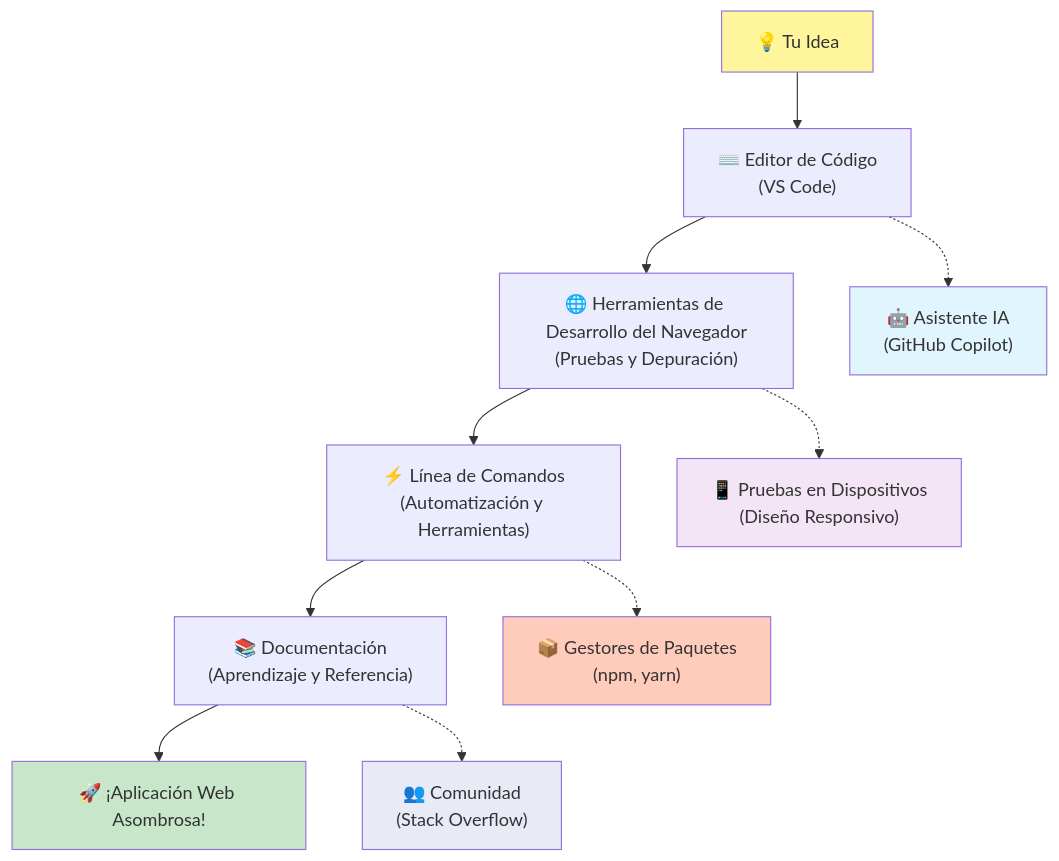
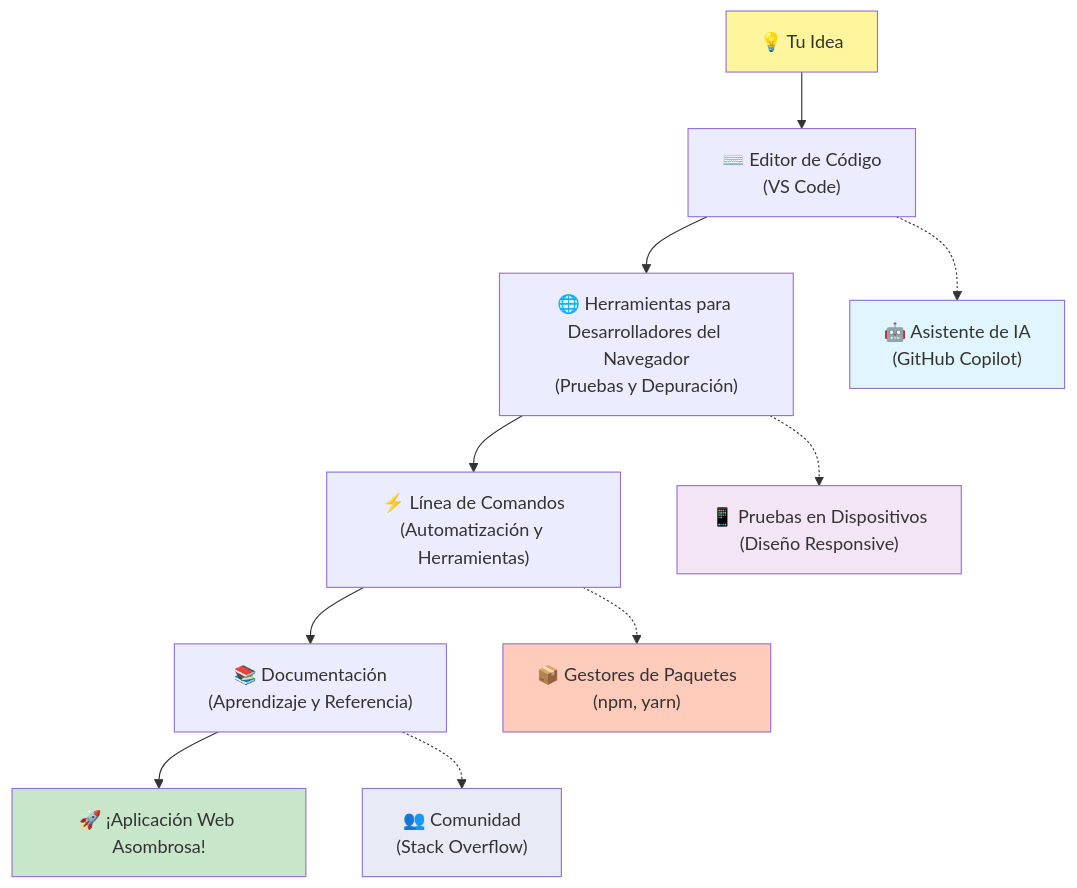
One commit to microsoft/Web-Dev-For-Beginners changed the fifth of 7 diagrams in translations/es/1-getting-started-lessons/1-intro-to-programming-languages/README.md. Above: the diagram before and after it, drawn with Mermaid. The commit also changed other lines of this file and 393 other files, not shown here.

````diff
--- a/translations/es/1-getting-started-lessons/1-intro-to-programming-languages/README.md
+++ b/translations/es/1-getting-started-lessons/1-intro-to-programming-languages/README.md
@@ -486,20 +488,20 @@
 ```mermaid
 graph TD
     A["💡 Tu Idea"] --> B["⌨️ Editor de Código<br/>(VS Code)"] 
-    B --> C["🌐 Herramientas de Desarrollo del Navegador<br/>(Pruebas y Depuración)"]
+    B --> C["🌐 Herramientas para Desarrolladores del Navegador<br/>(Pruebas y Depuración)"]
     C --> D["⚡ Línea de Comandos<br/>(Automatización y Herramientas)"]
     D --> E["📚 Documentación<br/>(Aprendizaje y Referencia)"]
     E --> F["🚀 ¡Aplicación Web Asombrosa!"]
     
-    B -.-> G["🤖 Asistente IA<br/>(GitHub Copilot)"]
-    C -.-> H["📱 Pruebas en Dispositivos<br/>(Diseño Responsivo)"]
+    B -.-> G["🤖 Asistente de IA<br/>(GitHub Copilot)"]
+    C -.-> H["📱 Pruebas en Dispositivos<br/>(Diseño Responsive)"]
     D -.-> I["📦 Gestores de Paquetes<br/>(npm, yarn)"]
     E -.-> J["👥 Comunidad<br/>(Stack Overflow)"]
     
     style A fill:#fff59d
     style F fill:#c8e6c9
     style G fill:#e1f5fe
     style H fill:#f3e5f5
     style I fill:#ffccbc
     style J fill:#e8eaf6
-```  
+```
````
